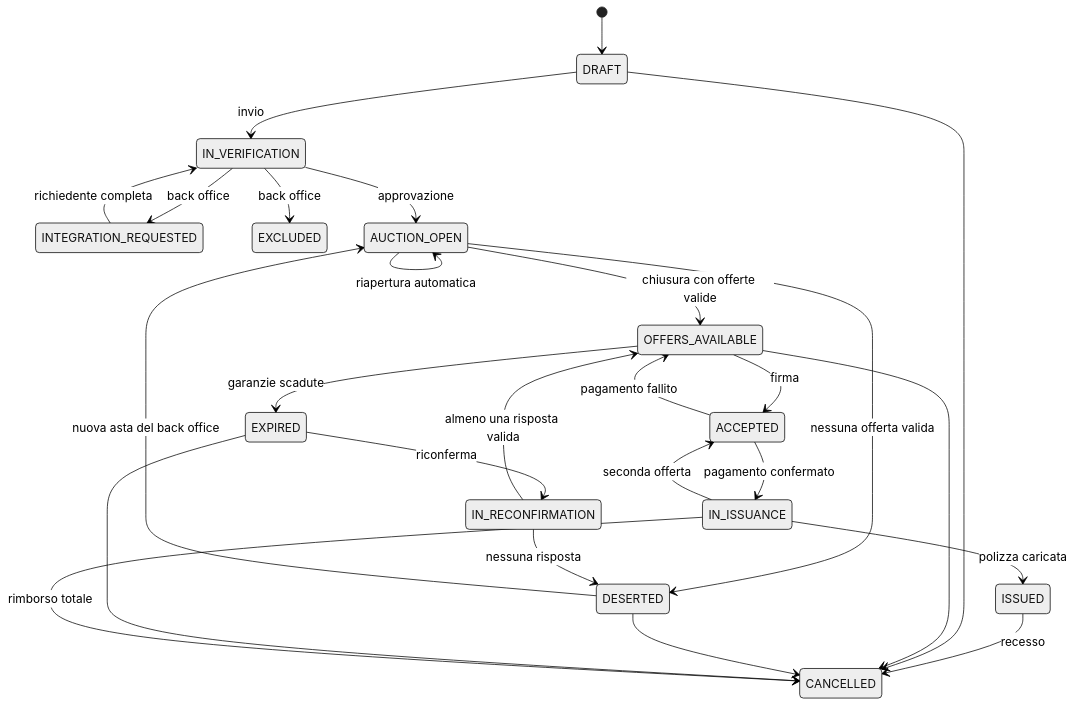
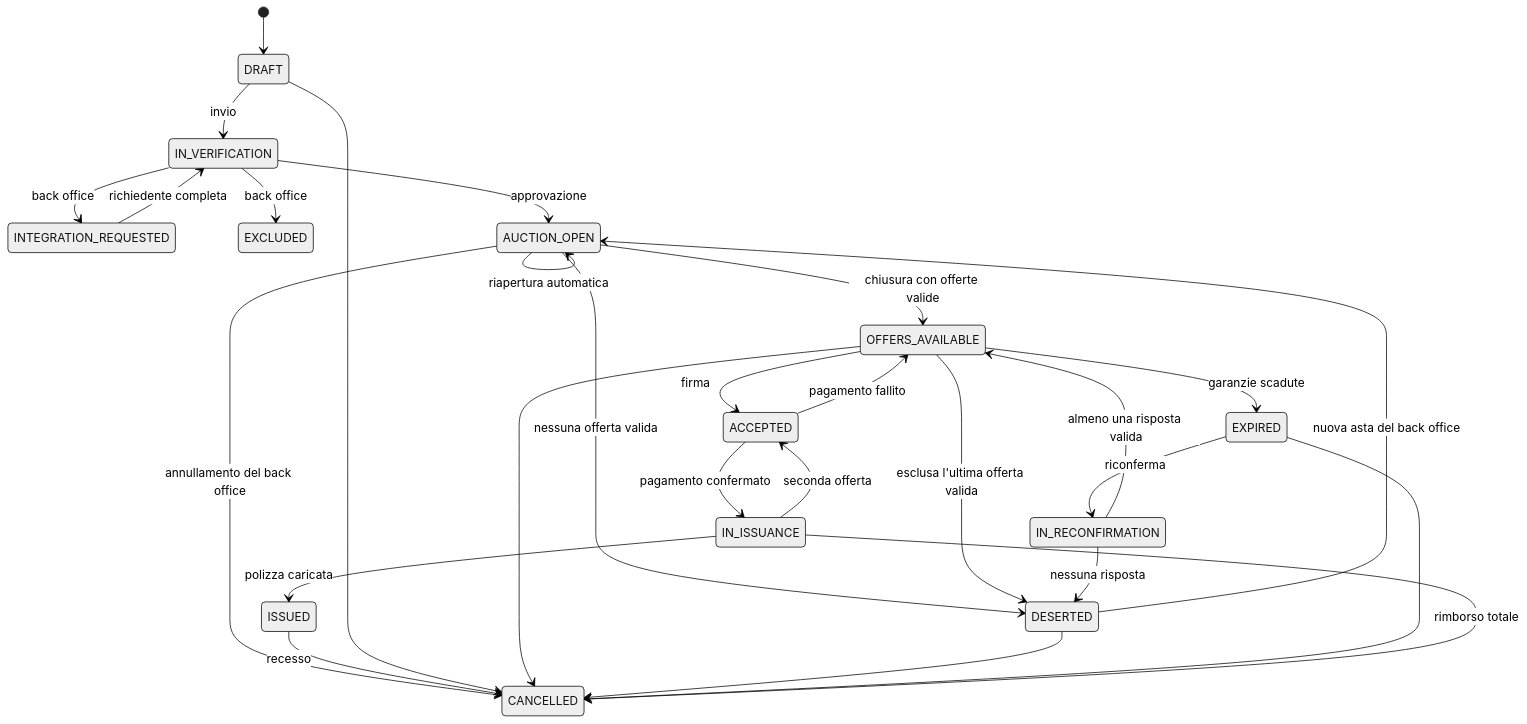
One commit to axiast2026-debug/AstAx changed the second of 3 diagrams in docs/modello-dati.md. Above: the diagram before and after it, drawn with Mermaid (neutral theme). The commit also changed 8 other files, not shown here.

Commit message:
Cancelled auction ends the request; last valid offer excluded makes it deserted (answers 13B, 16B)

````diff
--- a/docs/modello-dati.md
+++ b/docs/modello-dati.md
@@ -170,28 +170,30 @@
 ```mermaid
 stateDiagram-v2
     [*] --> DRAFT
     DRAFT --> IN_VERIFICATION: invio
     IN_VERIFICATION --> INTEGRATION_REQUESTED: back office
     INTEGRATION_REQUESTED --> IN_VERIFICATION: richiedente completa
     IN_VERIFICATION --> EXCLUDED: back office
     IN_VERIFICATION --> AUCTION_OPEN: approvazione
     AUCTION_OPEN --> AUCTION_OPEN: riapertura automatica
     AUCTION_OPEN --> OFFERS_AVAILABLE: chiusura con offerte valide
     AUCTION_OPEN --> DESERTED: nessuna offerta valida
+    AUCTION_OPEN --> CANCELLED: annullamento del back office
     DESERTED --> AUCTION_OPEN: nuova asta del back office
     OFFERS_AVAILABLE --> ACCEPTED: firma
     OFFERS_AVAILABLE --> EXPIRED: garanzie scadute
+    OFFERS_AVAILABLE --> DESERTED: esclusa l'ultima offerta valida
     EXPIRED --> IN_RECONFIRMATION: riconferma
     IN_RECONFIRMATION --> OFFERS_AVAILABLE: almeno una risposta valida
     IN_RECONFIRMATION --> DESERTED: nessuna risposta
     ACCEPTED --> OFFERS_AVAILABLE: pagamento fallito
     ACCEPTED --> IN_ISSUANCE: pagamento confermato
     IN_ISSUANCE --> ISSUED: polizza caricata
     IN_ISSUANCE --> ACCEPTED: seconda offerta
     ISSUED --> CANCELLED: recesso
     DRAFT --> CANCELLED
     OFFERS_AVAILABLE --> CANCELLED
     DESERTED --> CANCELLED
     EXPIRED --> CANCELLED
     IN_ISSUANCE --> CANCELLED: rimborso totale
 ```
````
